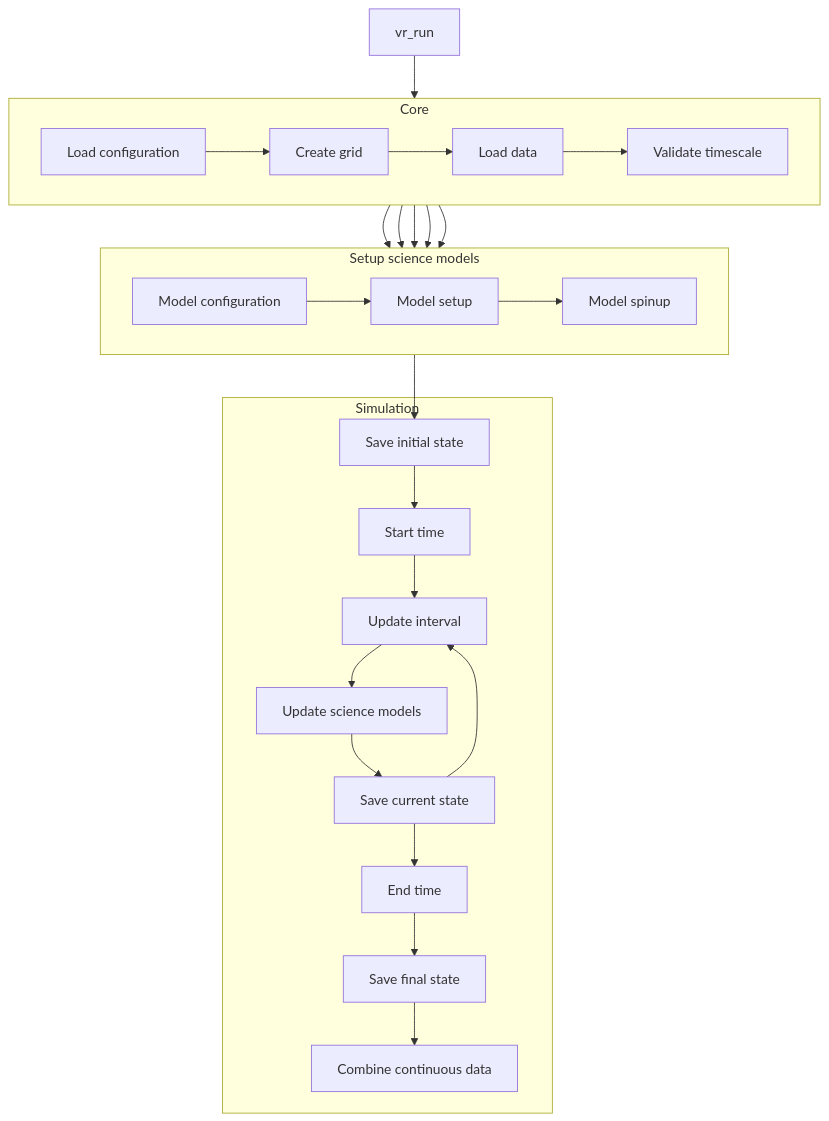
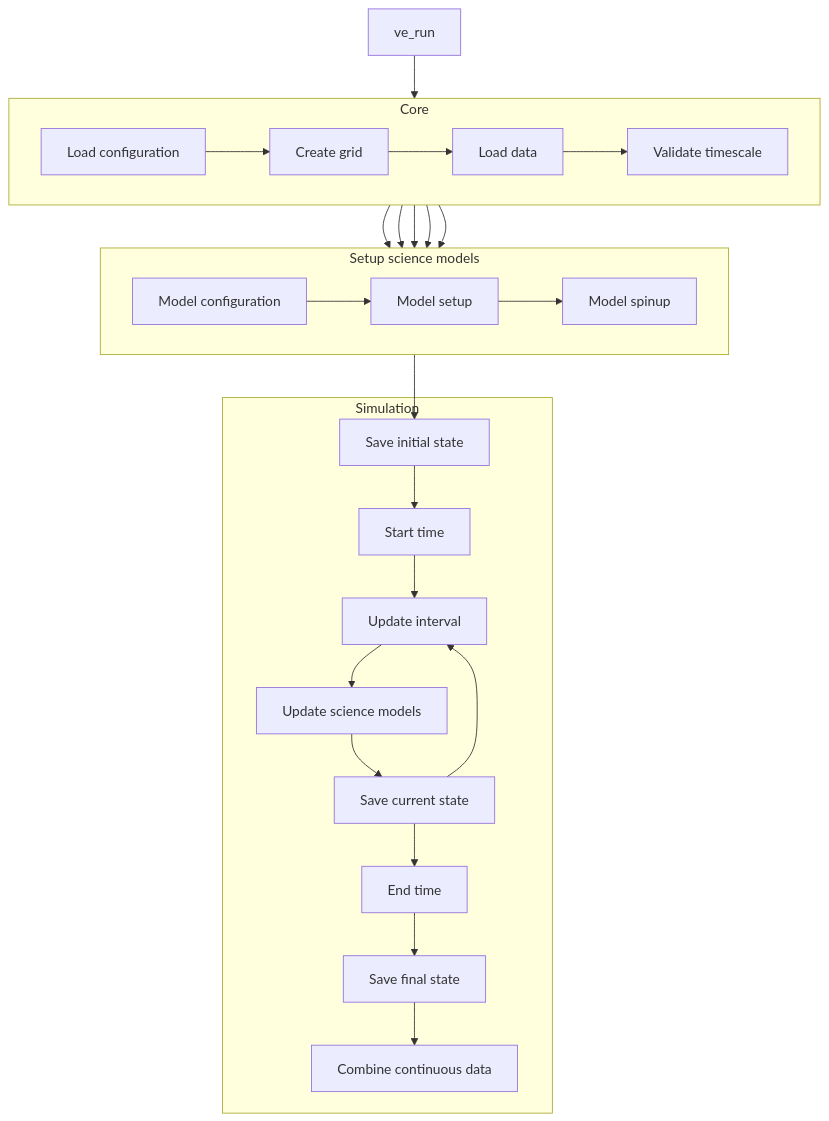
The diagram in docs/source/virtual_rainforest/main_simulation.md (ImperialCollegeLondon/virtual_ecosystem), drawn with Mermaid before and after one commit. The commit also changed other lines of this file and 177 other files, not shown here.

````diff
--- a/docs/source/virtual_rainforest/main_simulation.md
+++ b/docs/source/virtual_rainforest/main_simulation.md
@@ -11,31 +11,31 @@
 ```{mermaid}
 flowchart TD
-    A[vr_run] --> B
+    A[ve_run] --> B
     B --> F
     C --> F
     D --> F
     D --> G
     E --> F
     H --> H2
     subgraph Core 
     direction LR
     B[Load configuration] --> C[Create grid]
     C --> D[Load data]
     D --> E[Validate timescale]
     end
     subgraph Setup science models
     direction LR
     F[Model configuration] --> G[Model setup]
     G --> H[Model spinup]
     end
     subgraph Simulation
     H2[Save initial state] --> I[Start time]
     I --> J[Update interval]
     J --> K[Update science models]
     K --> L[Save current state]
     L --> J
     L --> M[End time]
     M --> N[Save final state]
     N --> O[Combine continuous data]
     end
 ```
````
